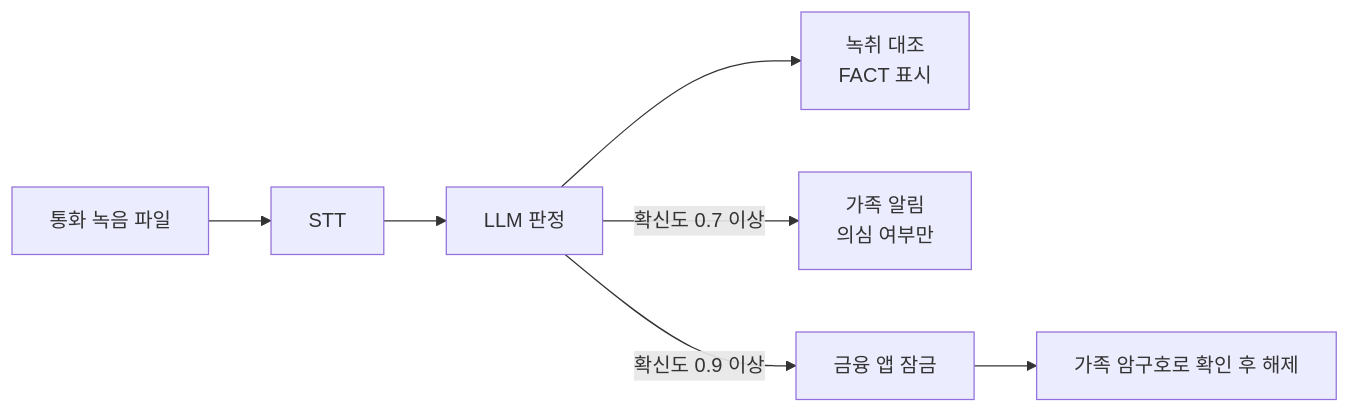
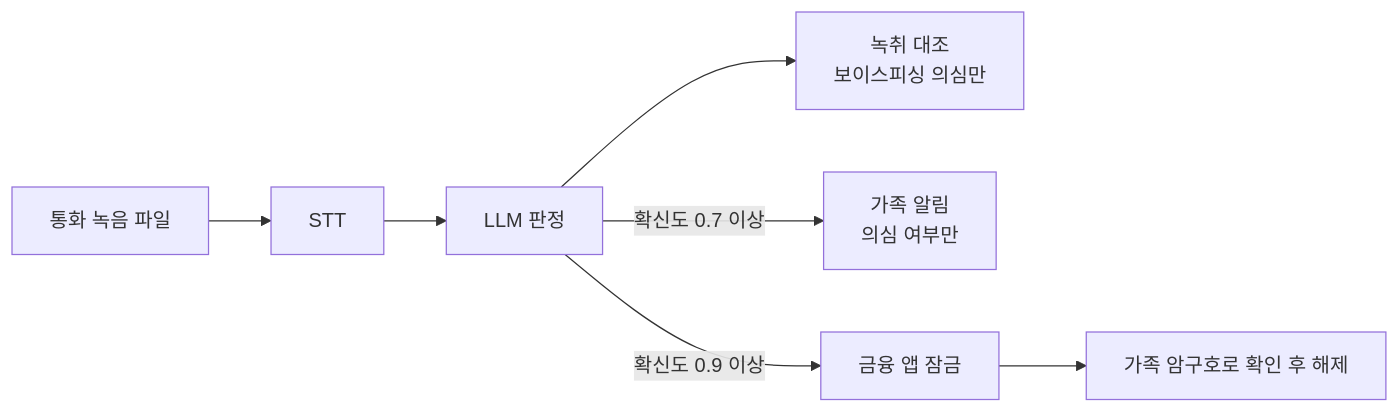
The diagram in docs/family-guard-plan.md (rla8127/CodySafe), drawn with Mermaid before and after one commit. The commit also changed other lines of this file and 4 other files, not shown here.

Commit message:
feat: 보이스피싱 외 판정은 근거 확인 생략, FACT 도장 교체

````diff
--- a/docs/family-guard-plan.md
+++ b/docs/family-guard-plan.md
@@ -11,9 +11,9 @@
 ```mermaid
 flowchart LR
   A[통화 녹음 파일] --> B[STT]
   B --> C[LLM 판정]
-  C --> D[녹취 대조<br/>FACT 표시]
+  C --> D[녹취 대조<br/>보이스피싱 의심만]
   C -->|확신도 0.7 이상| E[가족 알림<br/>의심 여부만]
   C -->|확신도 0.9 이상| F[금융 앱 잠금]
   F --> G[가족 암구호로 확인 후 해제]
 ```
````
